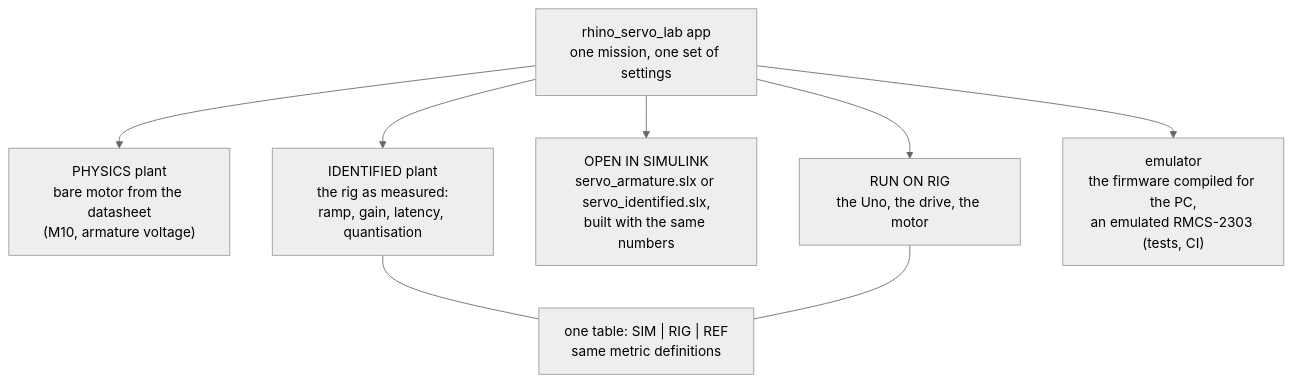
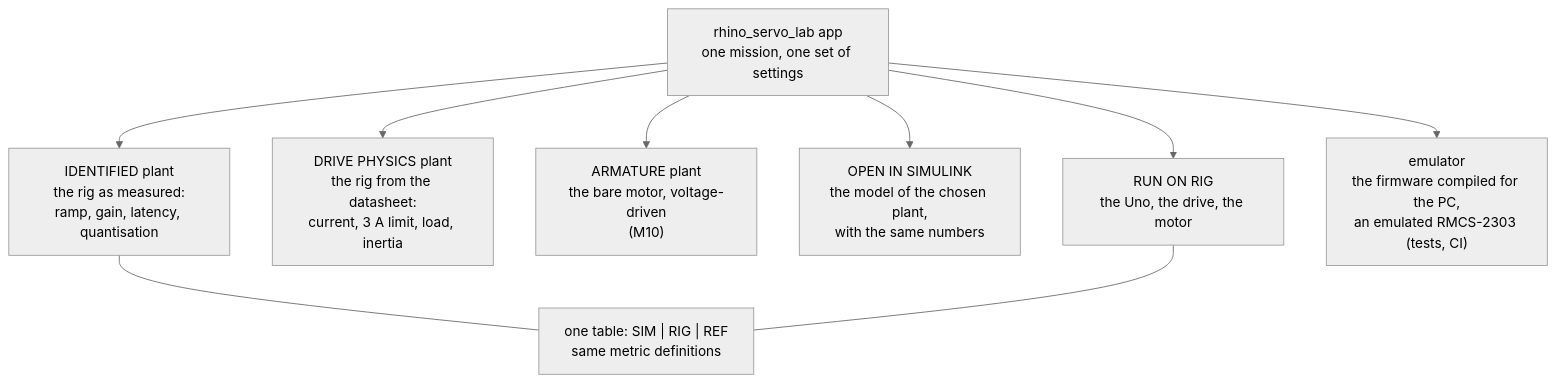
The second of 3 diagrams in docs/HOW_IT_WORKS.md (Samarth030312/rhino-rmcs-2303-dc-servo-control), drawn with Mermaid (neutral theme) before and after one commit. The commit also changed other lines of this file and 67 other files, not shown here.

````diff
--- a/docs/HOW_IT_WORKS.md
+++ b/docs/HOW_IT_WORKS.md
@@ -35,11 +35,12 @@
 ```mermaid
 flowchart TB
     A["rhino_servo_lab app<br/>one mission, one set of settings"]
-    A --> S1["PHYSICS plant<br/>bare motor from the datasheet<br/>(M10, armature voltage)"]
     A --> S2["IDENTIFIED plant<br/>the rig as measured:<br/>ramp, gain, latency, quantisation"]
-    A --> SL["OPEN IN SIMULINK<br/>servo_armature.slx or servo_identified.slx,<br/>built with the same numbers"]
+    A --> S3["DRIVE PHYSICS plant<br/>the rig from the datasheet:<br/>current, 3 A limit, load, inertia"]
+    A --> S1["ARMATURE plant<br/>the bare motor, voltage-driven<br/>(M10)"]
+    A --> SL["OPEN IN SIMULINK<br/>the model of the chosen plant,<br/>with the same numbers"]
     A --> HW["RUN ON RIG<br/>the Uno, the drive, the motor"]
     A --> EM["emulator<br/>the firmware compiled for the PC,<br/>an emulated RMCS-2303 (tests, CI)"]
     S2 --- T["one table: SIM | RIG | REF<br/>same metric definitions"]
     HW --- T
 ```
````
